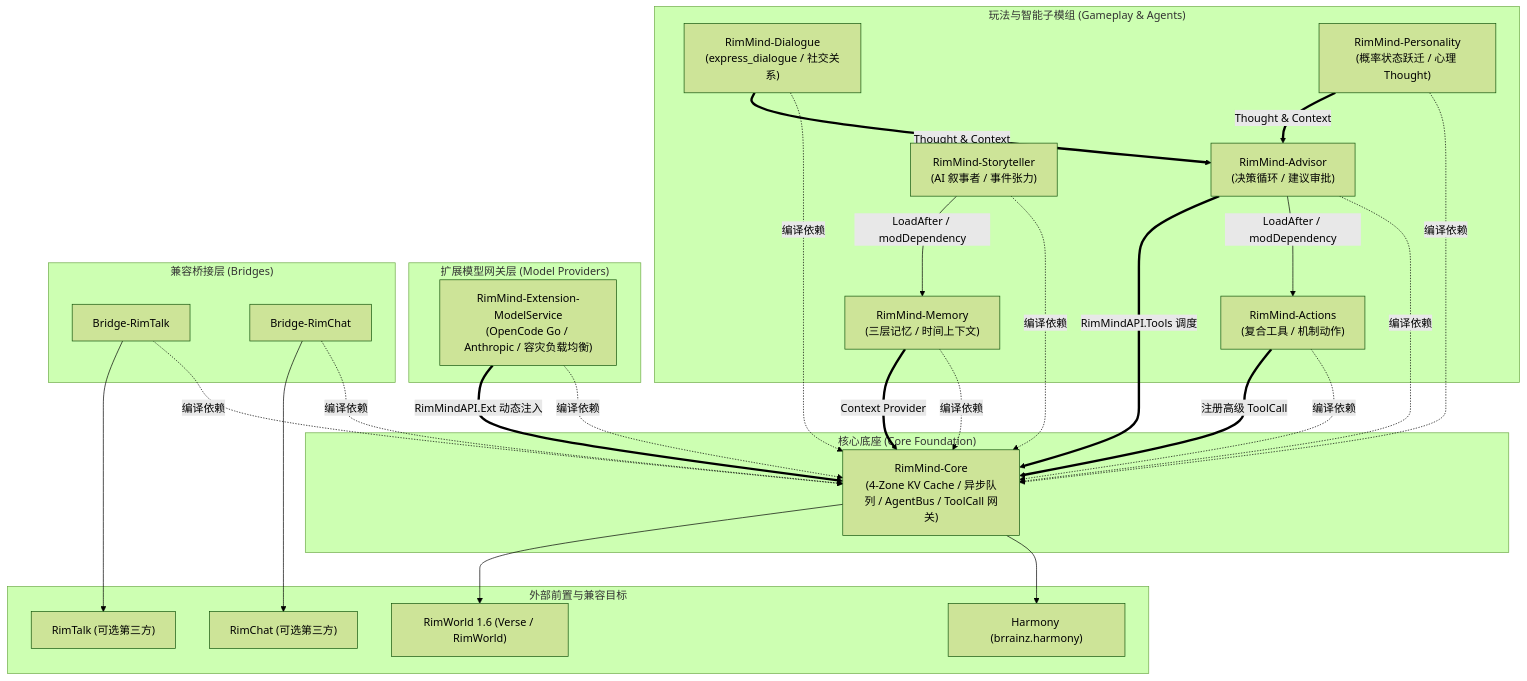
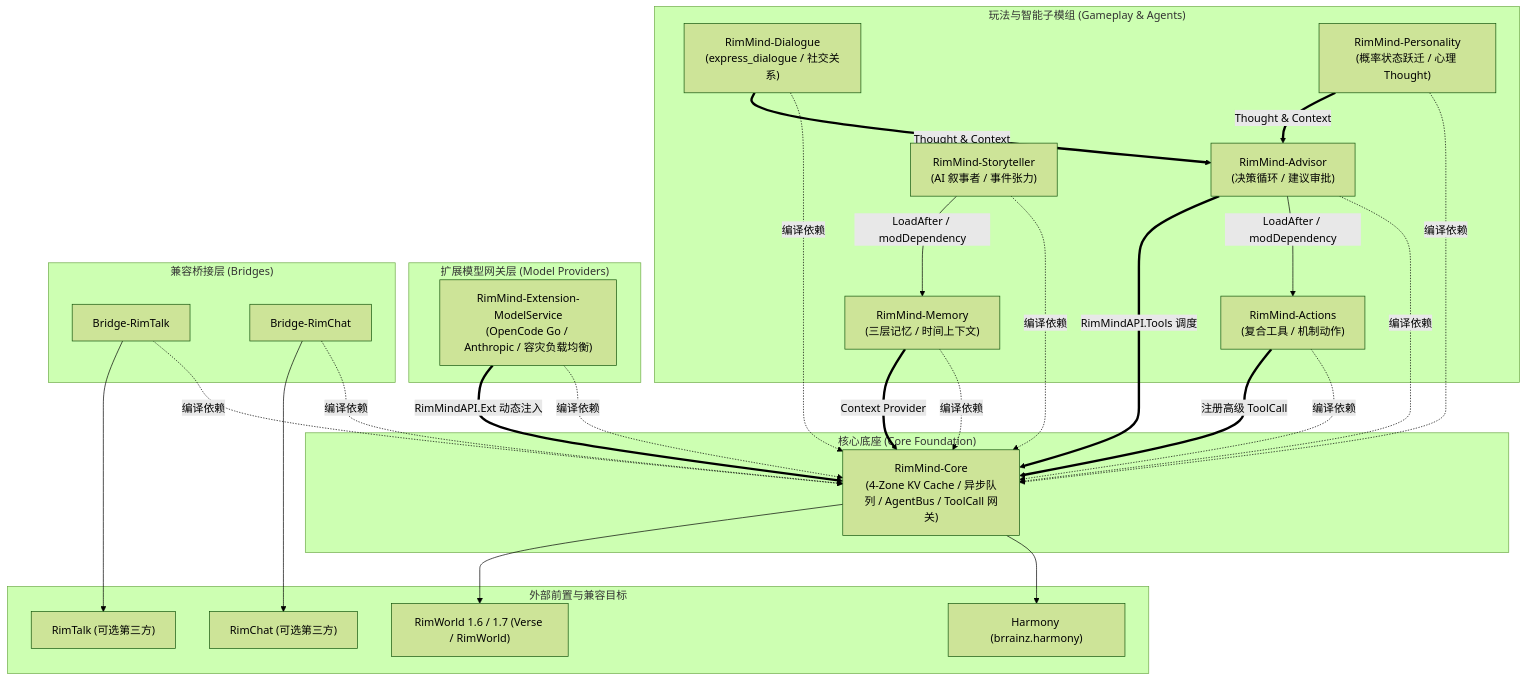
Before and after one commit to RimWorld-RimMind-Mod/.github: the diagram in profile/README.md, drawn with Mermaid (forest theme). The commit also changed other lines of this file, not shown here.

````diff
--- a/profile/README.md
+++ b/profile/README.md
@@ -53,58 +53,58 @@
 ```mermaid
 flowchart TD
     subgraph External["外部前置与兼容目标"]
         Harmony["Harmony (brrainz.harmony)"]
-        RimWorld["RimWorld 1.6 (Verse / RimWorld)"]
+        RimWorld["RimWorld 1.6 / 1.7 (Verse / RimWorld)"]
         RimTalkMod["RimTalk (可选第三方)"]
         RimChatMod["RimChat (可选第三方)"]
     end
 
     subgraph CoreLayer["核心底座 (Core Foundation)"]
         Core["RimMind-Core\n(4-Zone KV Cache / 异步队列 / AgentBus / ToolCall 网关)"]
     end
 
     subgraph FeatureLayer["玩法与智能子模组 (Gameplay & Agents)"]
         Actions["RimMind-Actions\n(复合工具 / 机制动作)"]
         Advisor["RimMind-Advisor\n(决策循环 / 建议审批)"]
         Dialogue["RimMind-Dialogue\n(express_dialogue / 社交关系)"]
         Personality["RimMind-Personality\n(概率状态跃迁 / 心理 Thought)"]
         Memory["RimMind-Memory\n(三层记忆 / 时间上下文)"]
         Storyteller["RimMind-Storyteller\n(AI 叙事者 / 事件张力)"]
     end
 
     subgraph ExtensionLayer["扩展模型网关层 (Model Providers)"]
         ModelService["RimMind-Extension-ModelService\n(OpenCode Go / Anthropic / 容灾负载均衡)"]
     end
 
     subgraph BridgeLayer["兼容桥接层 (Bridges)"]
         BridgeTalk["Bridge-RimTalk"]
         BridgeChat["Bridge-RimChat"]
     end
 
     %% 核心依赖
     Core --> Harmony
     Core --> RimWorld
     Actions -. 编译依赖 .-> Core
     Advisor -. 编译依赖 .-> Core
     Dialogue -. 编译依赖 .-> Core
     Personality -. 编译依赖 .-> Core
     Memory -. 编译依赖 .-> Core
     Storyteller -. 编译依赖 .-> Core
     BridgeTalk -. 编译依赖 .-> Core
     BridgeChat -. 编译依赖 .-> Core
     ModelService -. 编译依赖 .-> Core
 
     %% 模组加载与协作
     Advisor -->|LoadAfter / modDependency| Actions
     Storyteller -->|LoadAfter / modDependency| Memory
     BridgeTalk --> RimTalkMod
     BridgeChat --> RimChatMod
 
     %% 运行时数据流解耦
     Personality ==>|Thought & Context| Advisor
     Dialogue ==>|Thought & Context| Advisor
     Memory ==>|Context Provider| Core
     Actions ==>|注册高级 ToolCall| Core
     Advisor ==>|RimMindAPI.Tools 调度| Core
     ModelService ==>|RimMindAPI.Ext 动态注入| Core
 ```
````
